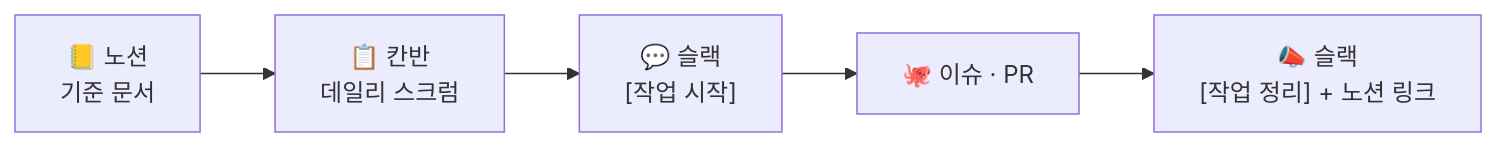
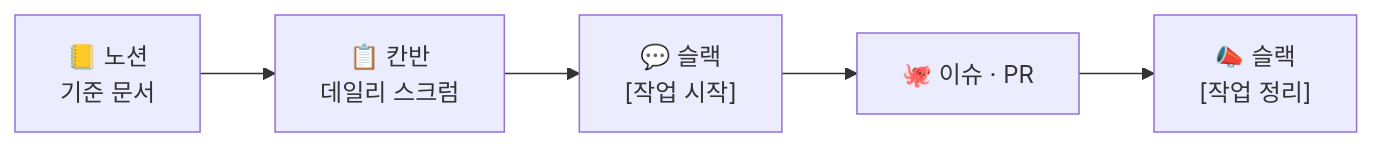
Before and after one commit to Nunchi-ML/.github: the diagram in profile/README.md, drawn with Mermaid.

Commit message:
docs: 흐름 그림 마지막 칸 글자 줄이기

````diff
--- a/profile/README.md
+++ b/profile/README.md
@@ -52,7 +52,7 @@
 ```mermaid
 flowchart LR
   A["📒 노션<br/>기준 문서"] --> B["📋 칸반<br/>데일리 스크럼"]
   B --> C["💬 슬랙<br/>[작업 시작]"]
   C --> D["🐙 이슈 · PR"]
-  D --> E["📣 슬랙<br/>[작업 정리] + 노션 링크"]
+  D --> E["📣 슬랙<br/>[작업 정리]"]
 ```
````
